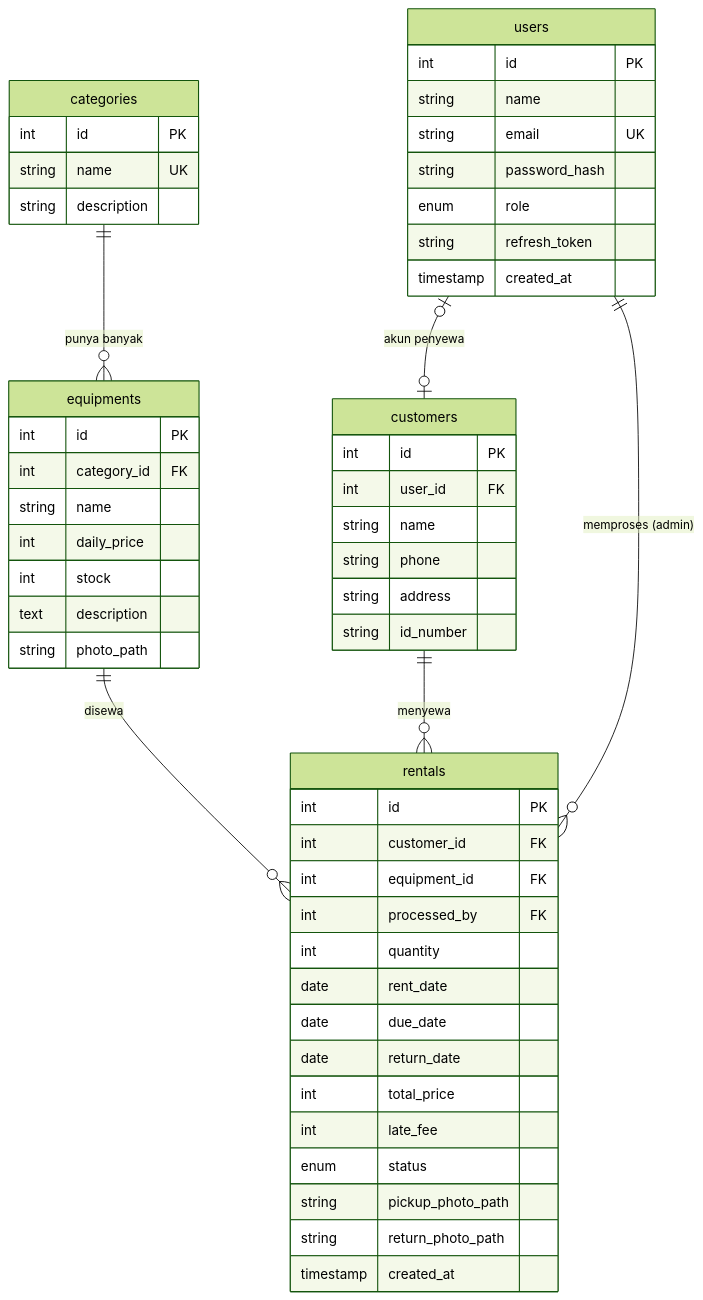
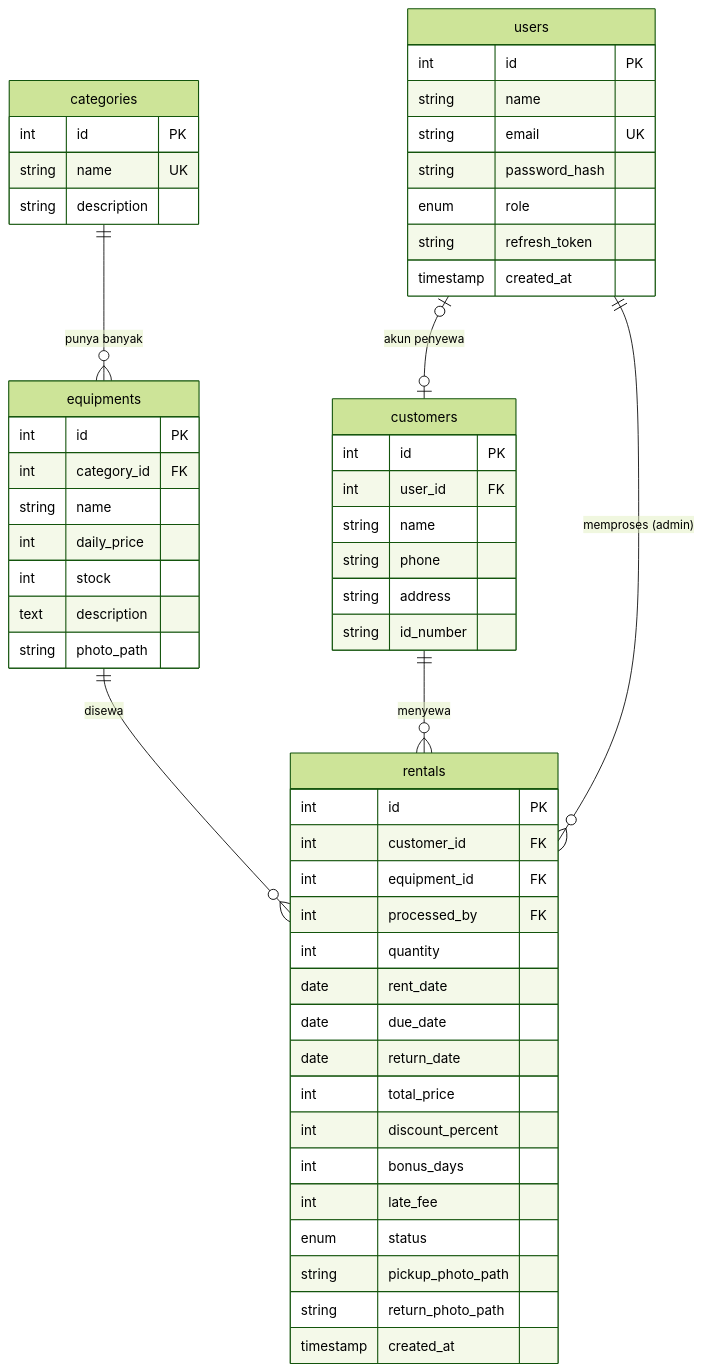
The diagram in README.md (wpiskaa/0024_CampKu), drawn with Mermaid (forest theme) before and after one commit. The commit also changed other lines of this file and 3 other files, not shown here.

Commit message:
docs: perbarui README, schema database, dan dokumen SRS

````diff
--- a/README.md
+++ b/README.md
@@ -91,14 +93,14 @@
 ```mermaid
 erDiagram
     categories ||--o{ equipments : "punya banyak"
     equipments ||--o{ rentals : "disewa"
     customers  ||--o{ rentals : "menyewa"
     users      ||--o{ rentals : "memproses (admin)"
     users      |o--o| customers : "akun penyewa"
 
     users { int id PK  string name  string email UK  string password_hash  enum role  string refresh_token  timestamp created_at }
     categories { int id PK  string name UK  string description }
     equipments { int id PK  int category_id FK  string name  int daily_price  int stock  text description  string photo_path }
     customers { int id PK  int user_id FK  string name  string phone  string address  string id_number }
-    rentals { int id PK  int customer_id FK  int equipment_id FK  int processed_by FK  int quantity  date rent_date  date due_date  date return_date  int total_price  int late_fee  enum status  string pickup_photo_path  string return_photo_path  timestamp created_at }
+    rentals { int id PK  int customer_id FK  int equipment_id FK  int processed_by FK  int quantity  date rent_date  date due_date  date return_date  int total_price  int discount_percent  int bonus_days  int late_fee  enum status  string pickup_photo_path  string return_photo_path  timestamp created_at }
 ```
````
